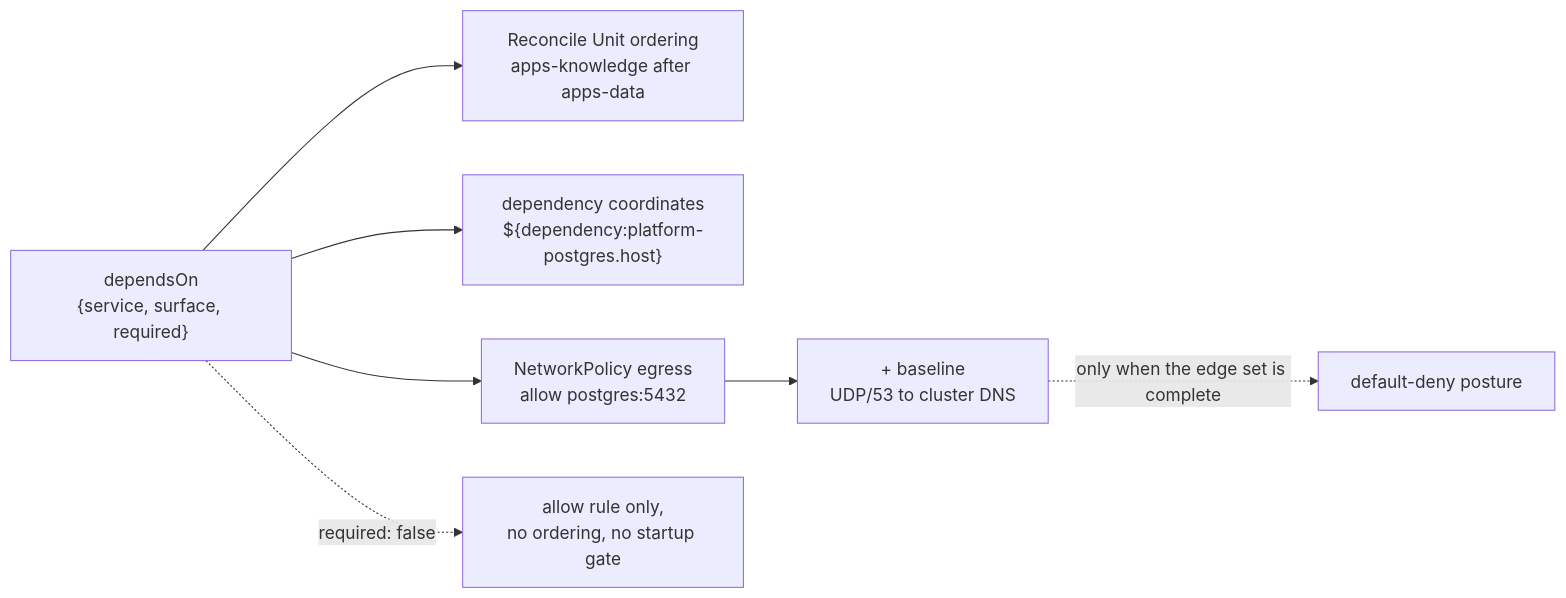
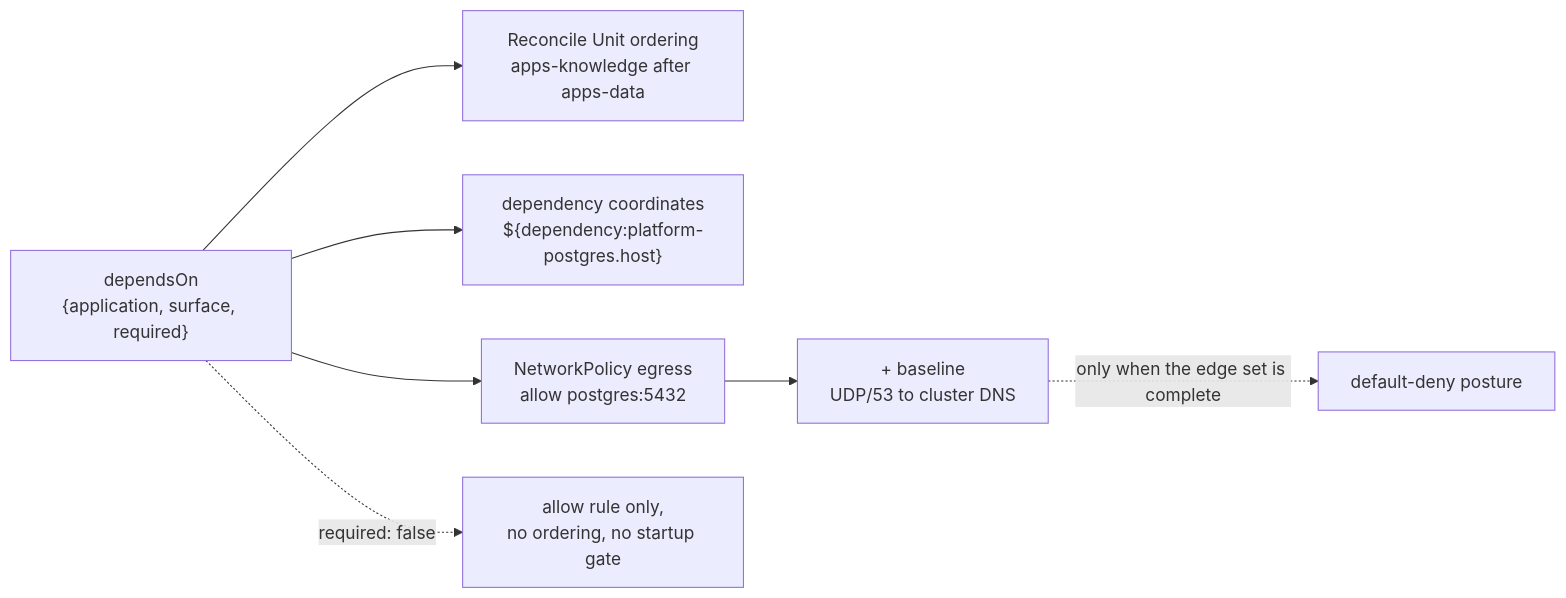
One commit to JorisJonkers-dev/deploy-kit changed the first of 3 diagrams in spec/v1/16-dependencies.md. Above: the diagram before and after it, drawn with Mermaid. The commit also changed other lines of this file and 169 other files, not shown here.

````diff
--- a/spec/v1/16-dependencies.md
+++ b/spec/v1/16-dependencies.md
@@ -598,13 +598,13 @@
 ```mermaid
 flowchart LR
-    E["dependsOn<br/>{service, surface, required}"]
+    E["dependsOn<br/>{application, surface, required}"]
 
     E --> O1["Reconcile Unit ordering<br/>apps-knowledge after apps-data"]
     E --> O2["dependency coordinates<br/>${dependency:platform-postgres.host}"]
     E --> O3["NetworkPolicy egress<br/>allow postgres:5432"]
 
     E -.->|"required: false"| N1["allow rule only,<br/>no ordering, no startup gate"]
 
     O3 --> B["+ baseline<br/>UDP/53 to cluster DNS"]
     B -.->|"only when the edge set is complete"| D["default-deny posture"]
 ```
````
